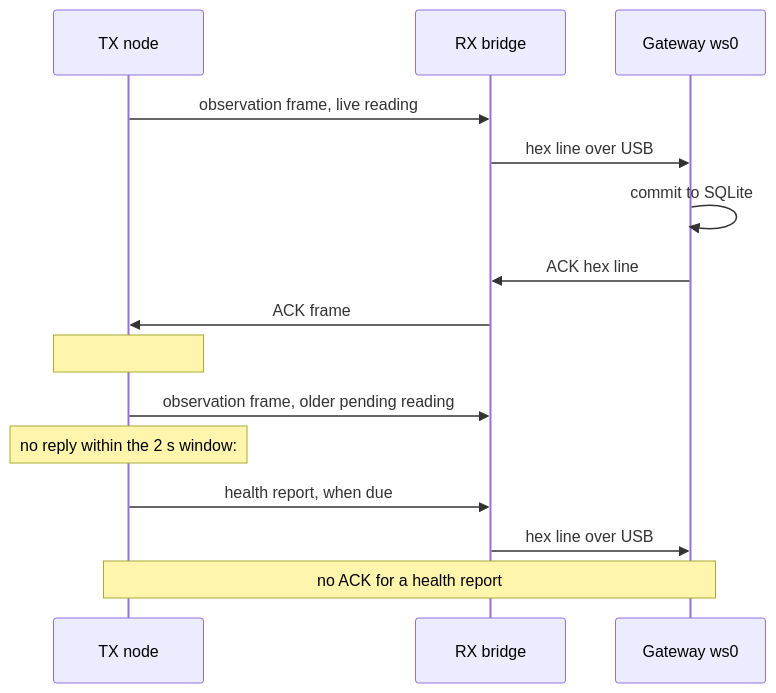
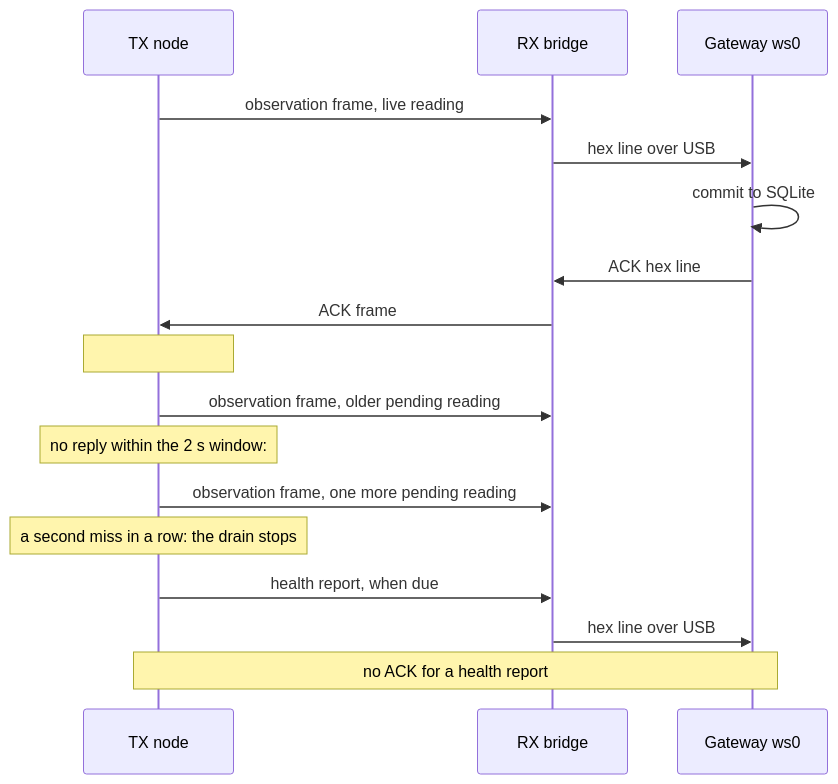
The fifth of 8 diagrams in firmware/stage0-node/README.md (clintecker/weather-station-2026), drawn with Mermaid before and after one commit. The commit also changed other lines of this file and 42 other files, not shown here.

````diff
--- a/firmware/stage0-node/README.md
+++ b/firmware/stage0-node/README.md
@@ -295,17 +297,19 @@
 ```mermaid
 sequenceDiagram
   participant TX as TX node
   participant RX as RX bridge
   participant GW as Gateway ws0
   TX->>RX: observation frame, live reading
   RX->>GW: hex line over USB
   GW->>GW: commit to SQLite
   GW->>RX: ACK hex line
   RX->>TX: ACK frame
   Note over TX: #ack, slot marked acknowledged, clock set from the ACK
   TX->>RX: observation frame, older pending reading
-  Note over TX: no reply within the 2 s window: #ack none, the drain stops
+  Note over TX: no reply within the 2 s window: #ack none
+  TX->>RX: observation frame, one more pending reading
+  Note over TX: a second miss in a row: the drain stops
   TX->>RX: health report, when due
   RX->>GW: hex line over USB
   Note over TX,GW: no ACK for a health report
 ```
````
